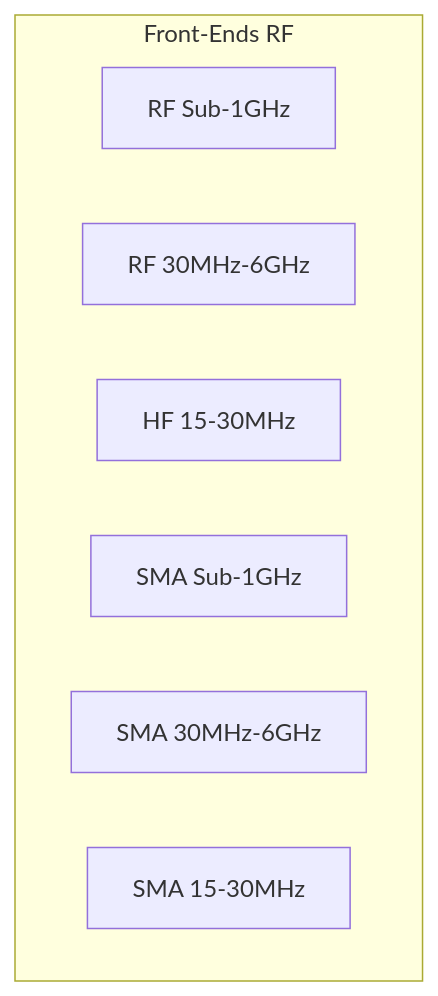
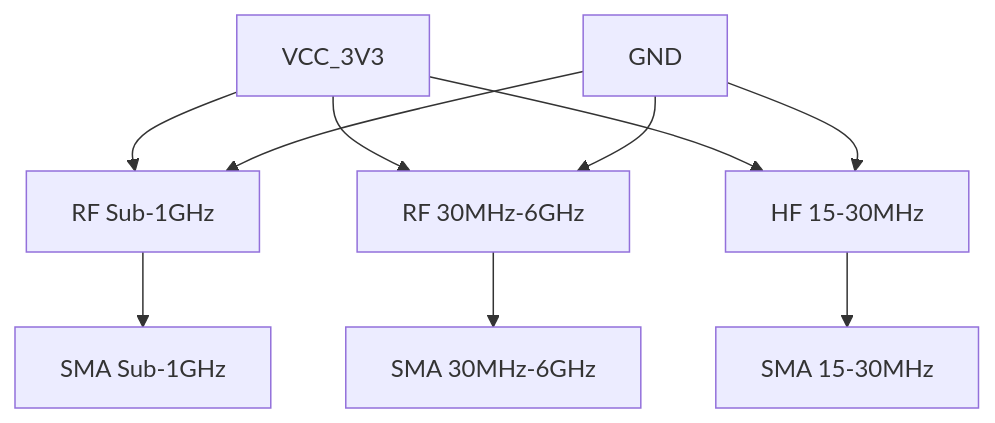
One commit to morteerror404/Goitaca-Hacker-HUB changed the sixth of 7 diagrams in Squemas/subdivisões/RF/diagrama de conexão.md. Above: the diagram before and after it, drawn with Mermaid. The commit also changed other lines of this file, not shown here.

````diff
--- a/Squemas/subdivisões/RF/diagrama de conexão.md
+++ b/Squemas/subdivisões/RF/diagrama de conexão.md
@@ -72,12 +121,14 @@
 ```mermaid
-%% -------------------- Módulo Front-End RF --------------------
 graph TD
-    subgraph RF_FrontEnds["Front-Ends RF"]
-        RF_SUB1G["RF Sub-1GHz"]
-        RF_6GHz["RF 30MHz-6GHz"]
-        HF_FE["HF 15-30MHz"]
-        SMA_SUB1G["SMA Sub-1GHz"]
-        SMA_6GHz["SMA 30MHz-6GHz"]
-        SMA_HF["SMA 15-30MHz"]
-    end
+    RF_SUB1G["RF Sub-1GHz"] --> SMA_SUB1G["SMA Sub-1GHz"]
+    RF_6GHz["RF 30MHz-6GHz"] --> SMA_6GHz["SMA 30MHz-6GHz"]
+    HF_FE["HF 15-30MHz"] --> SMA_HF["SMA 15-30MHz"]
+
+    %% Alimentação
+    VCC_3V3 --> RF_SUB1G
+    VCC_3V3 --> RF_6GHz
+    VCC_3V3 --> HF_FE
+    GND --> RF_SUB1G
+    GND --> RF_6GHz
+    GND --> HF_FE
 ```
````
